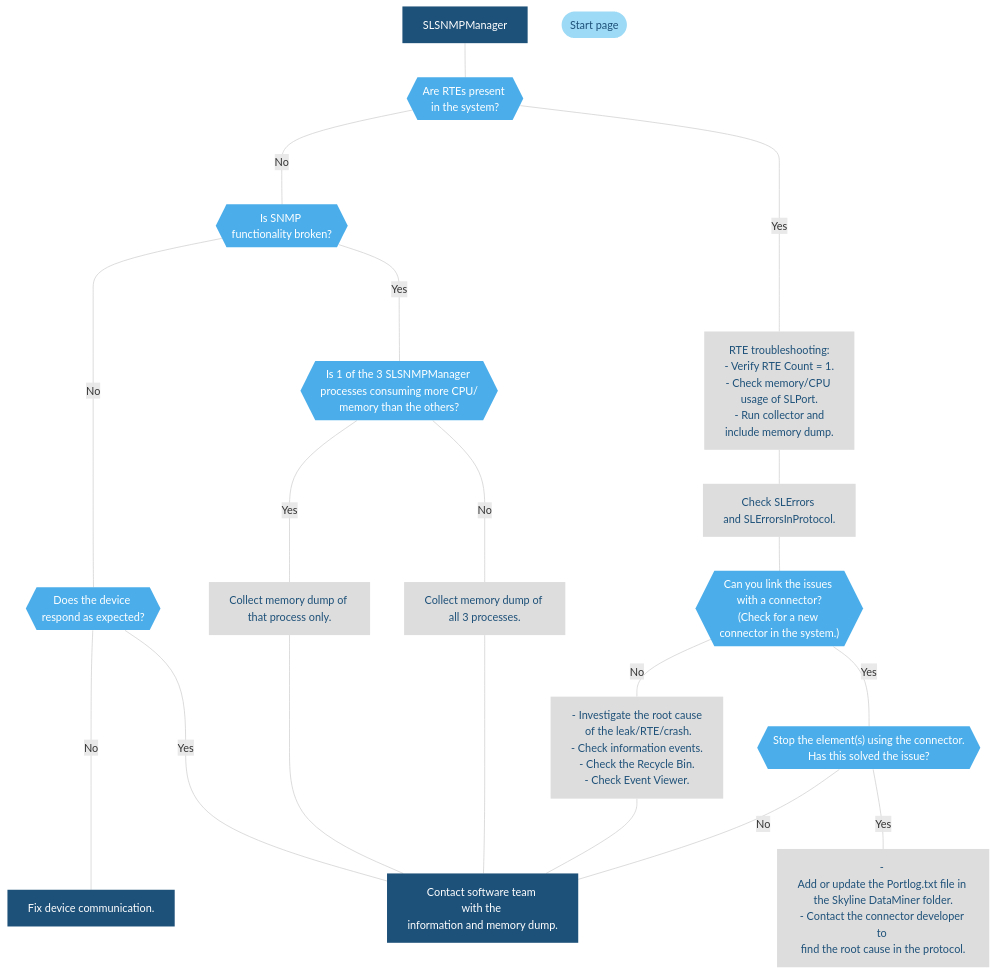
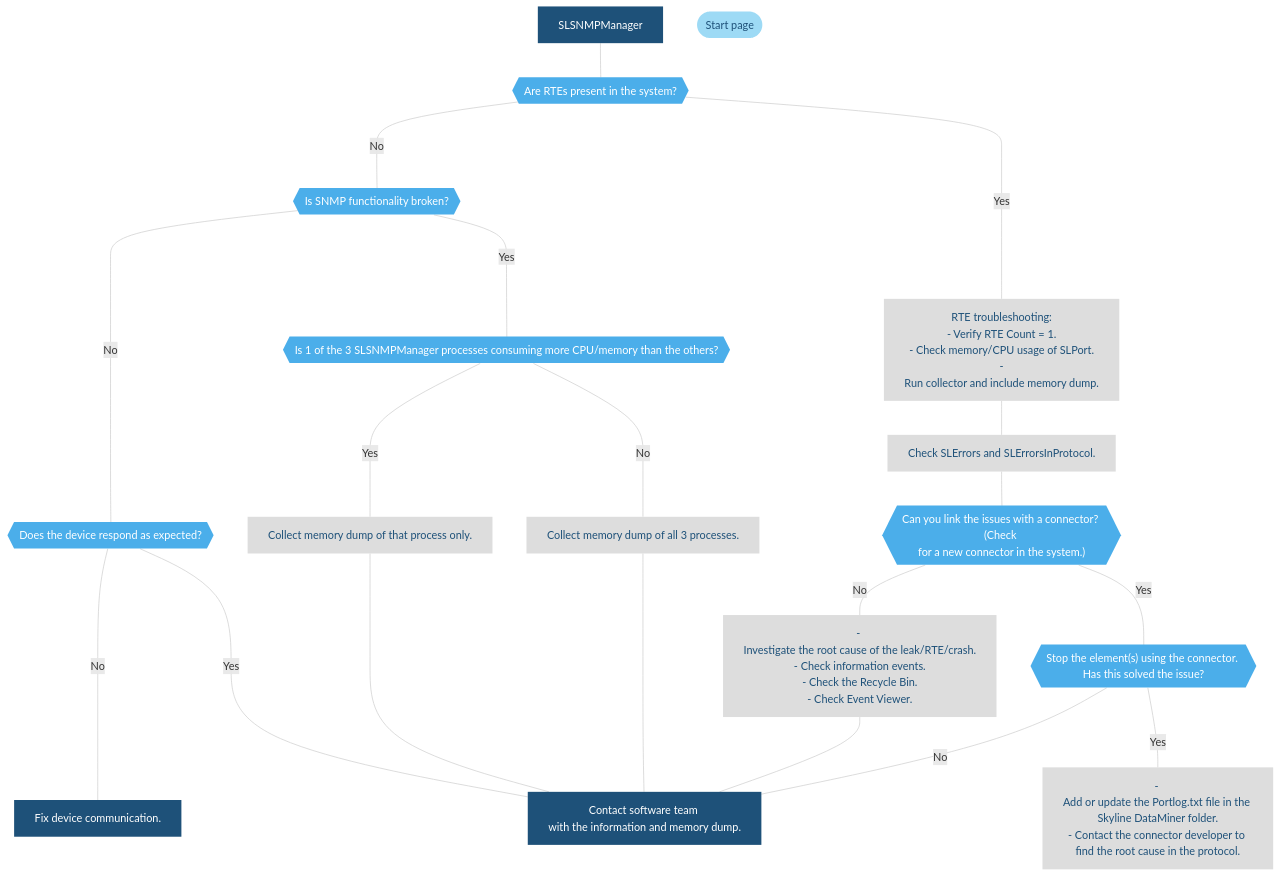
Before and after one commit to SkylineCommunications/dataminer-docs: the diagram in user-guide/Troubleshooting/Troubleshooting_Flowcharts/Troubleshooting_Process_Identification/Polling_processes/Troubleshooting_SLSNMPManager_exe.md, drawn with Mermaid. The commit also changed 8 other files, not shown here.

````diff
--- a/user-guide/Troubleshooting/Troubleshooting_Flowcharts/Troubleshooting_Process_Identification/Polling_processes/Troubleshooting_SLSNMPManager_exe.md
+++ b/user-guide/Troubleshooting/Troubleshooting_Flowcharts/Troubleshooting_Process_Identification/Polling_processes/Troubleshooting_SLSNMPManager_exe.md
@@ -15,33 +15,33 @@
 ```mermaid
 %%{init: { 'theme': 'base', 'themeVariables': { 'edgeLabelBackground':'#fff', 'fontFamily' : 'Segoe UI'}}}%%
 flowchart TD
 Title["SLSNMPManager"]:::Start
-Title---L{{"Are RTEs present <br>in the system?"}}:::Decision
-L----|No|U{{"Is SNMP <br>functionality broken?"}}:::Decision
-U----|No|S{{"Does the device <br>respond as expected?"}}:::Decision
+Title---L{{"Are RTEs present in the system?"}}:::Decision
+L----|No|U{{"Is SNMP functionality broken?"}}:::Decision
+U----|No|S{{"Does the device respond as expected?"}}:::Decision
 S----|No|T["Fix device communication."]:::Start
 S----|Yes|I
-U----|Yes|M{{"Is 1 of the 3 SLSNMPManager <br>processes consuming more CPU/<br>memory than the others?"}}:::Decision
-M----|Yes|V["Collect memory dump of <br>that process only."]:::InfoAccNoClick
+U----|Yes|M{{"Is 1 of the 3 SLSNMPManager processes consuming more CPU/memory than the others?"}}:::Decision
+M----|Yes|V["Collect memory dump of that process only."]:::InfoAccNoClick
 V----I
-M----|No|W["Collect memory dump of <br>all 3 processes."]:::InfoAccNoClick
+M----|No|W["Collect memory dump of all 3 processes."]:::InfoAccNoClick
 W----I
-L---|Yes|F["RTE troubleshooting:<br/>- Verify RTE Count = 1.<br/>- Check memory/CPU <br>usage of SLPort.<br/> - Run collector and <br>include memory dump."]:::InfoAccNoClick
-F---G["Check SLErrors <br>and SLErrorsInProtocol."]:::InfoAccNoClick
-G---H{{"Can you link the issues <br>with a connector?<br/>(Check for a new <br>connector in the system.)"}}:::Decision
-H---|Yes| K{{"Stop the element(s) using the connector.<br/>Has this solved the issue?"}}:::Decision
-H---|No| J["- Investigate the root cause<br> of the leak/RTE/crash.<br/>- Check information events.<br/>- Check the Recycle Bin.<br/>- Check Event Viewer."]:::InfoAccNoClick
+L---|Yes|F["RTE troubleshooting:<br/>- Verify RTE Count = 1.<br/>- Check memory/CPU usage of SLPort.<br/> - Run collector and include memory dump."]:::InfoAccNoClick
+F---G["Check SLErrors and SLErrorsInProtocol."]:::InfoAccNoClick
+G---H{{"Can you link the issues with a connector? (Check for a new connector in the system.)"}}:::Decision
+H---|Yes| K{{"Stop the element(s) using the connector. Has this solved the issue?"}}:::Decision
+H---|No| J["- Investigate the root cause of the leak/RTE/crash.<br/>- Check information events.<br/>- Check the Recycle Bin.<br/>- Check Event Viewer."]:::InfoAccNoClick
 J---I
-K---|Yes| Log["- Add or update the Portlog.txt file in <br/>the Skyline DataMiner folder.<br/>- Contact the connector developer to <br/>find the root cause in the protocol."]:::InfoAccNoClick
-K---|No| I["Contact software team with the <br/>information and memory dump."]:::Start
+K---|Yes| Log["- Add or update the Portlog.txt file in the Skyline DataMiner folder.<br/>- Contact the connector developer to find the root cause in the protocol."]:::InfoAccNoClick
+K---|No| I["Contact software team with the information and memory dump."]:::Start
 XX([Start page]):::External
 click XX "/user-guide/Troubleshooting/Troubleshooting_Flowcharts/Finding_a_Root_Cause.html" "Go to the start page"
 linkStyle default stroke:#cccccc
 classDef ExtRef fill:#9DDAF5,stroke:#000070,stroke-width:0px, color:#1E5179;
 classDef Decision fill:#4BAEEA,stroke:#000070,stroke-width:0px, color:#FFFFFF;
 classDef Start fill:#1E5179,stroke:#000070,stroke-width:0px, color:#FFFFFF;
 classDef Solution fill:#58595B,stroke:#000070,stroke-width:0px, color:#FFFFFF;
 classDef InfoAccClick fill:#999999,stroke:#000070,stroke-width:0px, color:#FFFFFF;
 classDef InfoAccNoClick fill:#DDDDDD,stroke:#000070,stroke-width:0px, color:#1E5179;
 classDef External fill:#9DDAF5,stroke:#000070,stroke-width:0px, color:#1E5179;
 ```
````
